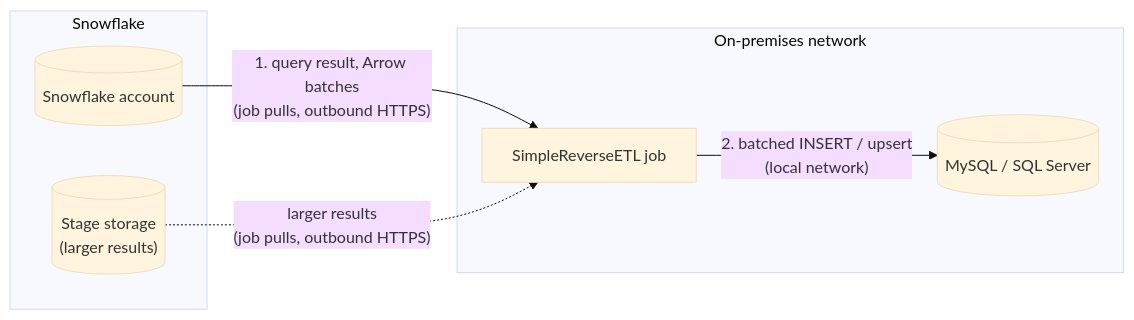
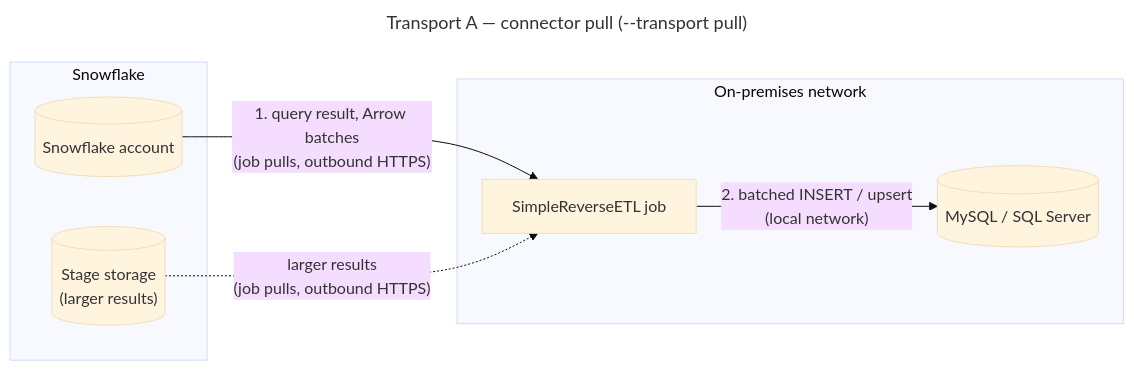
The first of 2 diagrams in README.md (sfc-gh-mwalli/simple-reverse-etl), drawn with Mermaid (base theme) before and after one commit. The commit also changed other lines of this file, not shown here.

Commit message:
README: title the Transport A and Transport B diagrams
Generated with [Snowflake CoCo](https://docs.snowflake.com/en/user-guide/cortex-code/cortex-code)

````diff
--- a/README.md
+++ b/README.md
@@ -59,14 +59,17 @@
 ```mermaid
+---
+title: Transport A — connector pull (--transport pull)
+---
 flowchart LR
   subgraph cloud [Snowflake]
     sf[("Snowflake account")]
     res[("Stage storage<br/>(larger results)")]
   end
   subgraph onprem [On-premises network]
     job["SimpleReverseETL job"]
     db[("MySQL / SQL Server")]
   end
   sf -->|"1. query result, Arrow batches<br/>(job pulls, outbound HTTPS)"| job
   res -.->|"larger results<br/>(job pulls, outbound HTTPS)"| job
   job -->|"2. batched INSERT / upsert<br/>(local network)"| db
 ```
````
